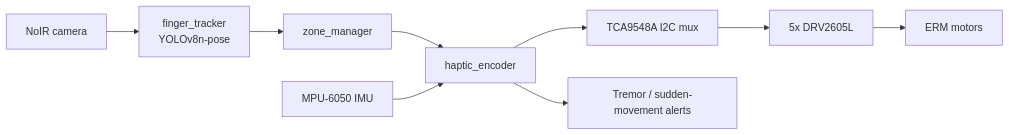
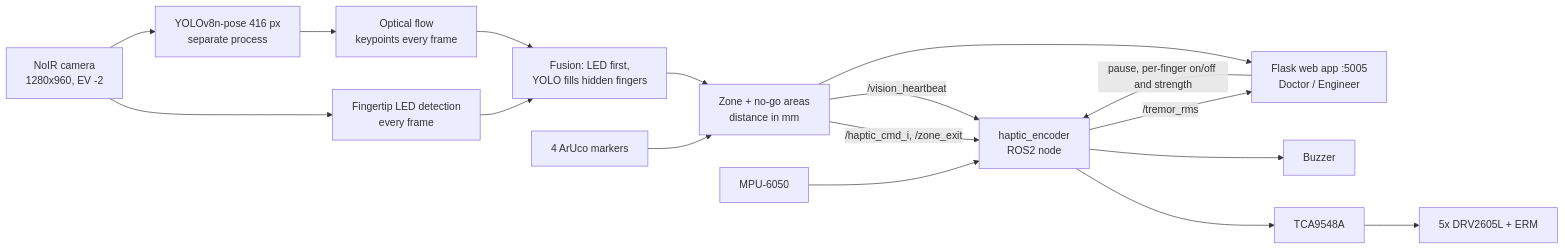
The diagram in README.md (JoshuaCho021212/haptic-glove), drawn with Mermaid before and after one commit. The commit also changed other lines of this file and 109 other files, not shown here.

Commit message:
v2: PCB hardware, LED+YOLO hybrid tracking, web app, pilot study

````diff
--- a/README.md
+++ b/README.md
@@ -35,11 +62,18 @@
 ```mermaid
 flowchart LR
-    CAM["NoIR camera"] --> FT["finger_tracker<br/>YOLOv8n-pose"]
-    FT --> ZM["zone_manager"]
-    ZM --> HE["haptic_encoder"]
-    IMU["MPU-6050 IMU"] --> HE
-    HE --> MUX["TCA9548A I2C mux"]
-    MUX --> DRV["5x DRV2605L"]
-    DRV --> ERM["ERM motors"]
-    HE --> ALERT["Tremor / sudden-movement alerts"]
+    CAM["NoIR camera<br/>1280x960, EV -2"] --> LED["Fingertip LED detection<br/>every frame"]
+    CAM --> YOLO["YOLOv8n-pose 416 px<br/>separate process"]
+    YOLO --> FLOW["Optical flow<br/>keypoints every frame"]
+    LED --> FUSE["Fusion: LED first,<br/>YOLO fills hidden fingers"]
+    FLOW --> FUSE
+    ARUCO["4 ArUco markers"] --> ZONE["Zone + no-go areas<br/>distance in mm"]
+    FUSE --> ZONE
+    ZONE -->|/haptic_cmd_i, /zone_exit| ENC["haptic_encoder<br/>ROS2 node"]
+    ZONE -->|/vision_heartbeat| ENC
+    IMU["MPU-6050"] --> ENC
+    ENC --> MUX["TCA9548A"] --> DRV["5x DRV2605L + ERM"]
+    ENC --> BUZ["Buzzer"]
+    ENC -->|/tremor_rms| UI
+    ZONE --> UI["Flask web app :5005<br/>Doctor / Engineer"]
+    UI -->|pause, per-finger on/off and strength| ENC
 ```
````
